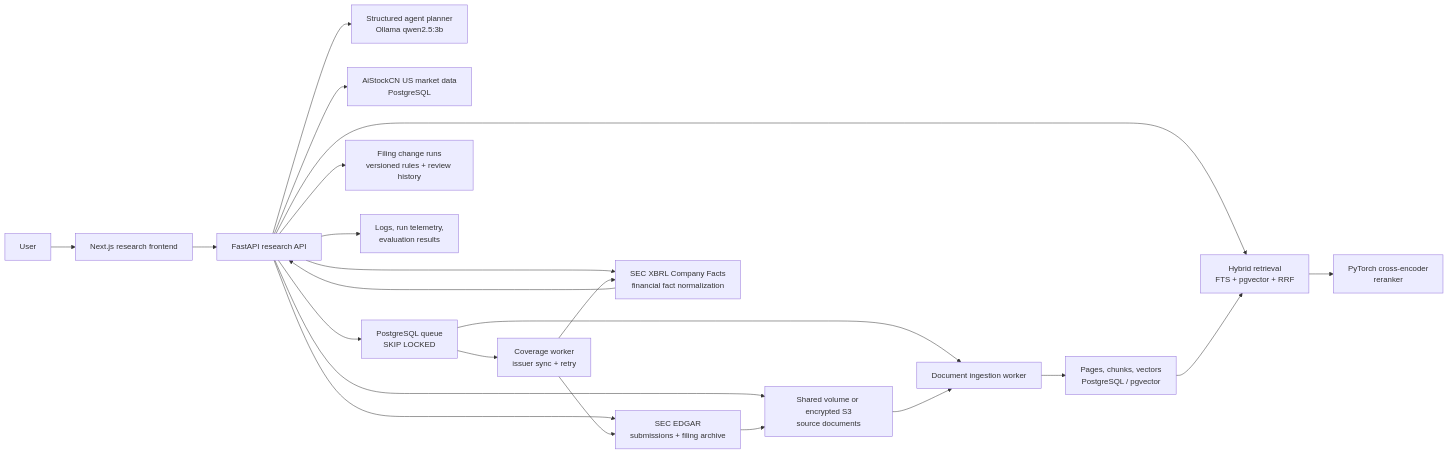
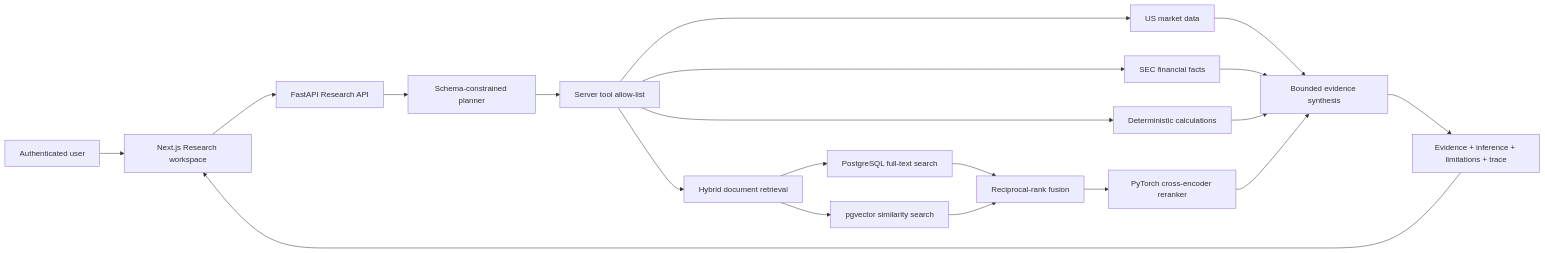
Before and after one commit to thisiscatcode/aistockcn: the first of 2 diagrams in docs/RESEARCH_COPILOT.md, drawn with Mermaid. The commit also changed other lines of this file and 11 other files, not shown here.

````diff
--- a/docs/RESEARCH_COPILOT.md
+++ b/docs/RESEARCH_COPILOT.md
@@ -51,24 +48,22 @@
 ```mermaid
 flowchart LR
-    U["User"] --> W["Next.js research frontend"]
-    W --> A["FastAPI research API"]
-    A --> P["Structured agent planner\nOllama qwen2.5:3b"]
-    A --> D["AiStockCN US market data\nPostgreSQL"]
-    A --> E["SEC EDGAR\nsubmissions + filing archive"]
-    A --> X["SEC XBRL Company Facts\nfinancial fact normalization"]
-    A --> H["Hybrid retrieval\nFTS + pgvector + RRF"]
-    H --> R["PyTorch cross-encoder\nreranker"]
-    A --> Q["PostgreSQL queue\nSKIP LOCKED"]
-    Q --> B["Coverage worker\nissuer sync + retry"]
-    B --> E
-    B --> X
-    A --> C["Filing change runs\nversioned rules + review history"]
-    A --> S["Shared volume or encrypted S3\nsource documents"]
-    E --> S
-    Q --> K["Document ingestion worker"]
-    S --> K
-    K --> V["Pages, chunks, vectors\nPostgreSQL / pgvector"]
-    V --> H
-    A --> O["Logs, run telemetry,\nevaluation results"]
-    X --> A
+    U["Authenticated user"] --> W["Next.js Research workspace"]
+    W --> A["FastAPI Research API"]
+    A --> P["Schema-constrained planner"]
+    P --> T["Server tool allow-list"]
+    T --> M["US market data"]
+    T --> F["SEC financial facts"]
+    T --> C["Deterministic calculations"]
+    T --> H["Hybrid document retrieval"]
+    H --> L["PostgreSQL full-text search"]
+    H --> V["pgvector similarity search"]
+    L --> R["Reciprocal-rank fusion"]
+    V --> R
+    R --> X["PyTorch cross-encoder reranker"]
+    M --> S["Bounded evidence synthesis"]
+    F --> S
+    C --> S
+    X --> S
+    S --> O["Evidence + inference + limitations + trace"]
+    O --> W
 ```
````
